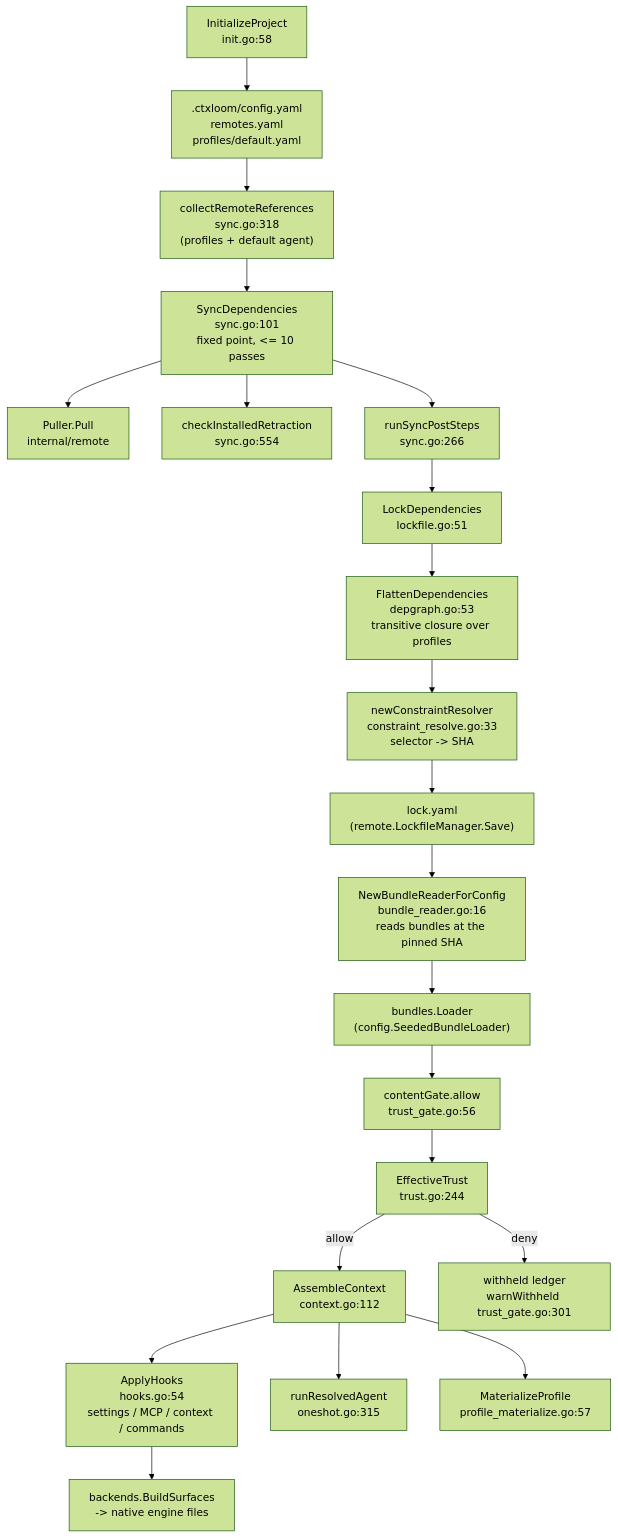
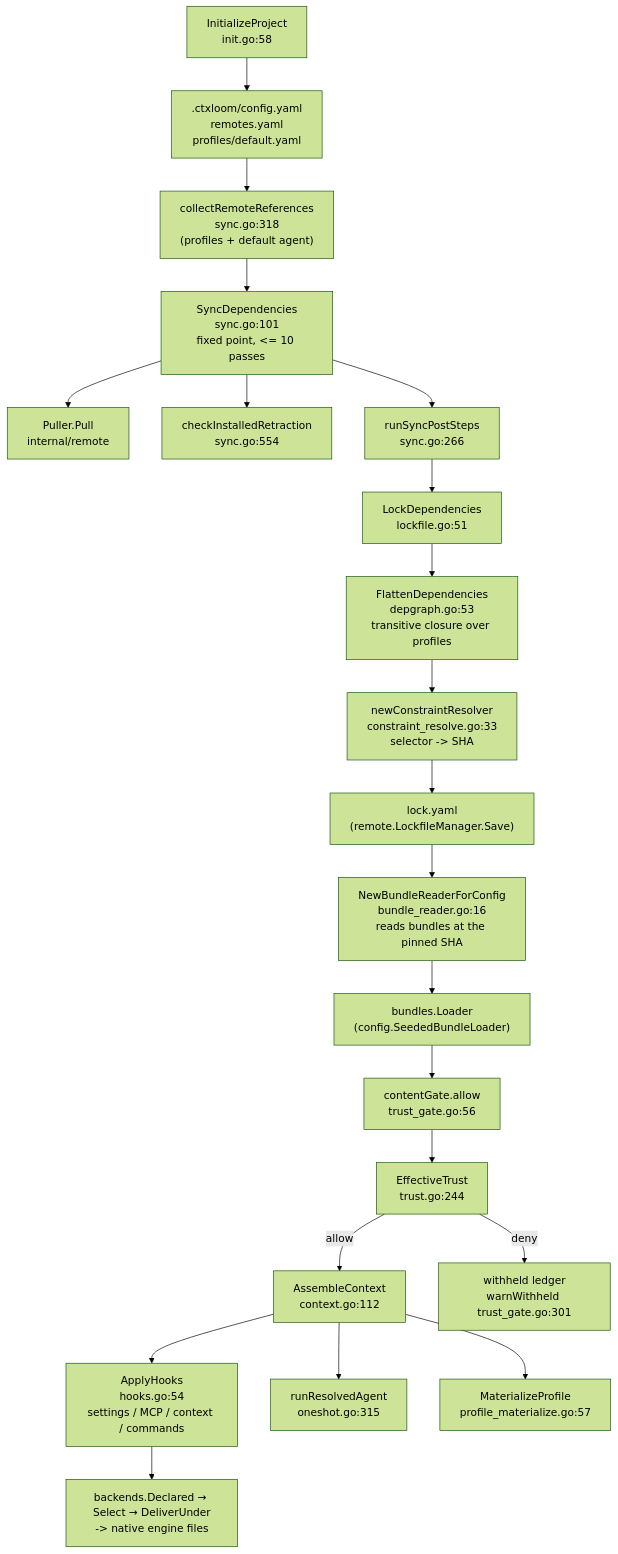
One commit to ctxloom/ctxloom changed the first of 2 diagrams in docs/architecture/core/operations.md. Above: the diagram before and after it, drawn with Mermaid (forest theme). The commit also changed 2 other files, not shown here.

Commit message:
docs: registry hands out an engine's Declaration, not a surface builder
backend-abstraction named a CellDelivery field, a BuildSurfaces seam and
a dead ContentCommands capability; operations' flow named
backends.BuildSurfaces; the shared index row named SurfaceSet. Point
each at what exists: backends.Declared, the Select/DeliverUnder path,
and the open Approach set.

Claude-Session: https://claude.ai/code/session_01DWg4KcGG34VWc5yt9ReFx2

````diff
--- a/docs/architecture/core/operations.md
+++ b/docs/architecture/core/operations.md
@@ -46,28 +46,28 @@
 ```mermaid
 flowchart TD
     INIT["InitializeProject<br/>init.go:58"] --> CFG[".ctxloom/config.yaml<br/>remotes.yaml<br/>profiles/default.yaml"]
 
     CFG --> COLLECT["collectRemoteReferences<br/>sync.go:318<br/>(profiles + default agent)"]
     COLLECT --> SYNC["SyncDependencies<br/>sync.go:101<br/>fixed point, <= 10 passes"]
     SYNC --> PULL["Puller.Pull<br/>internal/remote"]
     SYNC --> RETR["checkInstalledRetraction<br/>sync.go:554"]
     SYNC --> POST["runSyncPostSteps<br/>sync.go:266"]
 
     POST --> LOCKSTEP["LockDependencies<br/>lockfile.go:51"]
     LOCKSTEP --> FLAT["FlattenDependencies<br/>depgraph.go:53<br/>transitive closure over profiles"]
     FLAT --> CONSTRAINT["newConstraintResolver<br/>constraint_resolve.go:33<br/>selector -> SHA"]
     CONSTRAINT --> LOCK["lock.yaml<br/>(remote.LockfileManager.Save)"]
 
     LOCK --> READER["NewBundleReaderForConfig<br/>bundle_reader.go:16<br/>reads bundles at the pinned SHA"]
     READER --> LOADER["bundles.Loader<br/>(config.SeededBundleLoader)"]
 
     LOADER --> GATE["contentGate.allow<br/>trust_gate.go:56"]
     GATE --> ET["EffectiveTrust<br/>trust.go:244"]
     ET -->|allow| ASM["AssembleContext<br/>context.go:112"]
     ET -->|deny| WITHHELD["withheld ledger<br/>warnWithheld trust_gate.go:301"]
 
     ASM --> APPLY["ApplyHooks<br/>hooks.go:54<br/>settings / MCP / context / commands"]
     ASM --> RUN["runResolvedAgent<br/>oneshot.go:315"]
     ASM --> MAT["MaterializeProfile<br/>profile_materialize.go:57"]
-    APPLY --> SURF["backends.BuildSurfaces<br/>-> native engine files"]
+    APPLY --> SURF["backends.Declared → Select → DeliverUnder<br/>-> native engine files"]
 ```
````
